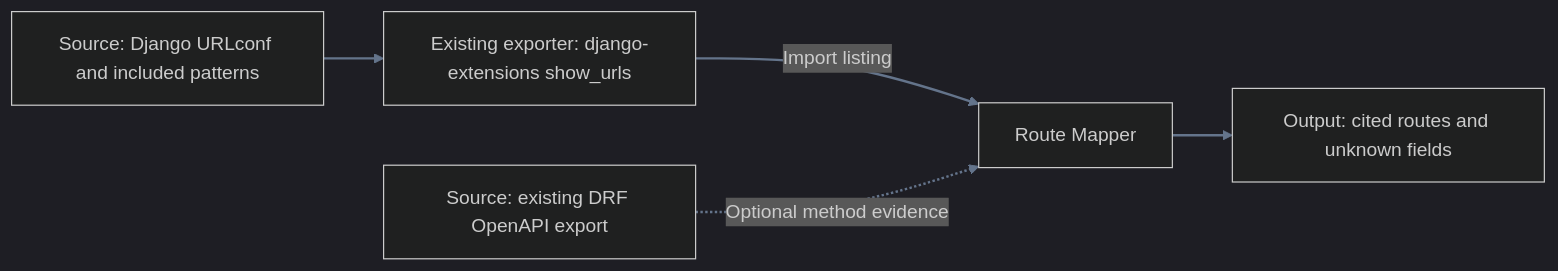
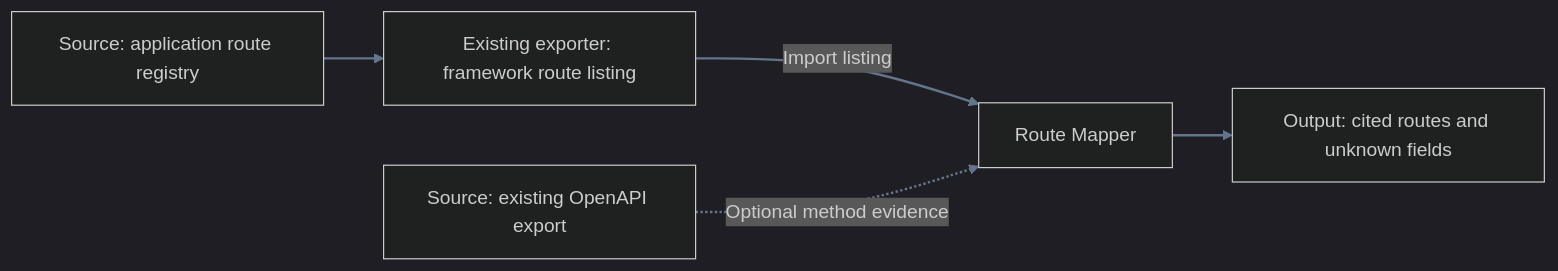
The second of 3 diagrams in research/_tools/route-mapper/README.md (phil-markarian/pensys), drawn with Mermaid (dark theme) before and after one commit. The commit also changed other lines of this file and 29 other files, not shown here.

````diff
--- a/research/_tools/route-mapper/README.md
+++ b/research/_tools/route-mapper/README.md
@@ -34,8 +34,8 @@
 ```mermaid
 flowchart LR
-    app["Source: Django URLconf and included patterns"] --> exporter["Existing exporter: django-extensions show_urls"]
+    app["Source: application route registry"] --> exporter["Existing exporter: framework route listing"]
     exporter -->|Import listing| mapper["Route Mapper"]
-    spec["Source: existing DRF OpenAPI export"] -. Optional method evidence .-> mapper
+    spec["Source: existing OpenAPI export"] -. Optional method evidence .-> mapper
     mapper --> bundle["Output: cited routes and unknown fields"]
     linkStyle default stroke:#64748b,stroke-width:2px
 ```
````
